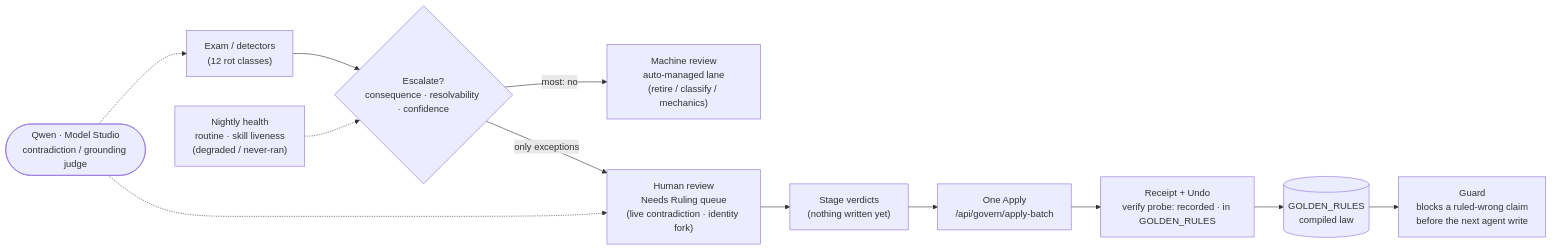
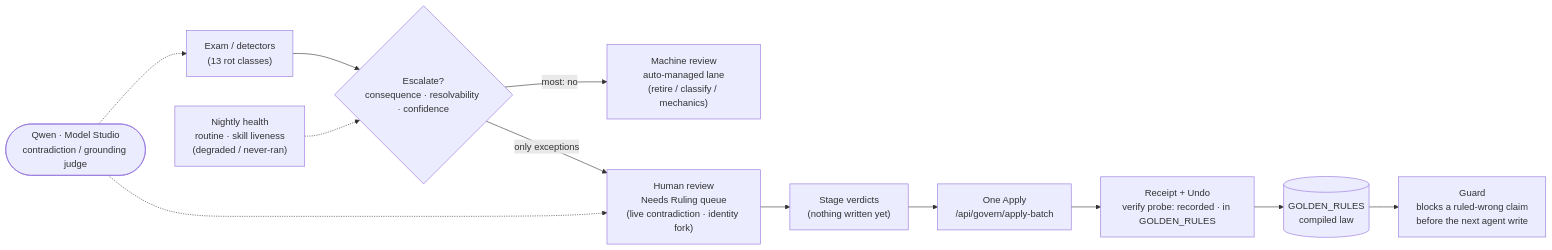
Before and after one commit to Morkeeth/mountain-of-helicon: the second of 2 diagrams in ARCHITECTURE.md, drawn with Mermaid. The commit also changed other lines of this file and 11 other files, not shown here.

````diff
--- a/ARCHITECTURE.md
+++ b/ARCHITECTURE.md
@@ -62,14 +62,14 @@
 ```mermaid
 flowchart LR
-  EXAM["Exam / detectors<br/>(12 rot classes)"] --> LANES{"Escalate?<br/>consequence · resolvability · confidence"}
+  EXAM["Exam / detectors<br/>(13 rot classes)"] --> LANES{"Escalate?<br/>consequence · resolvability · confidence"}
   LANES -->|"most: no"| AUTO["Machine review<br/>auto-managed lane<br/>(retire / classify / mechanics)"]
   LANES -->|"only exceptions"| HUMAN["Human review<br/>Needs Ruling queue<br/>(live contradiction · identity fork)"]
   HUMAN --> STAGE["Stage verdicts<br/>(nothing written yet)"]
   STAGE --> APPLY["One Apply<br/>/api/govern/apply-batch"]
   APPLY --> RECEIPT["Receipt + Undo<br/>verify probe: recorded · in GOLDEN_RULES"]
   RECEIPT --> LAW[("GOLDEN_RULES<br/>compiled law")]
   LAW --> GUARD["Guard<br/>blocks a ruled-wrong claim<br/>before the next agent write"]
   QWEN(["Qwen · Model Studio<br/>contradiction / grounding judge"]) -.-> EXAM
   QWEN -.-> HUMAN
   NIGHTLY["Nightly health<br/>routine · skill liveness<br/>(degraded / never-ran)"] -.-> LANES
 ```
````
